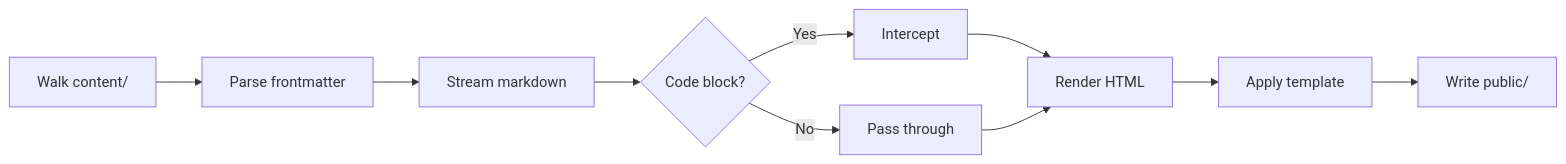
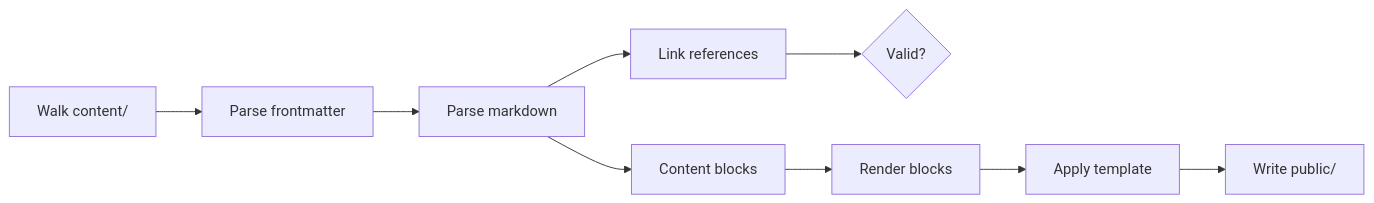
One commit to woile/sukr changed the first of 2 diagrams in docs/content/architecture.md. Above: the diagram before and after it, drawn with Mermaid. The commit also changed other lines of this file and 2 other files, not shown here.

First line of the commit message:
docs: update architecture and templates pages

````diff
--- a/docs/content/architecture.md
+++ b/docs/content/architecture.md
@@ -12,12 +17,11 @@
 ```mermaid
 flowchart LR
     A[Walk content/] --> B[Parse frontmatter]
-    B --> C[Stream markdown]
-    C --> D{Code block?}
-    D -->|Yes| E[Intercept]
-    D -->|No| F[Pass through]
-    E --> G[Render HTML]
-    F --> G
+    B --> C[Parse markdown]
+    C --> D[Content blocks]
+    C --> E[Link references]
+    E --> F{Valid?}
+    D --> G[Render blocks]
     G --> H[Apply template]
     H --> I[Write public/]
 ```
````
